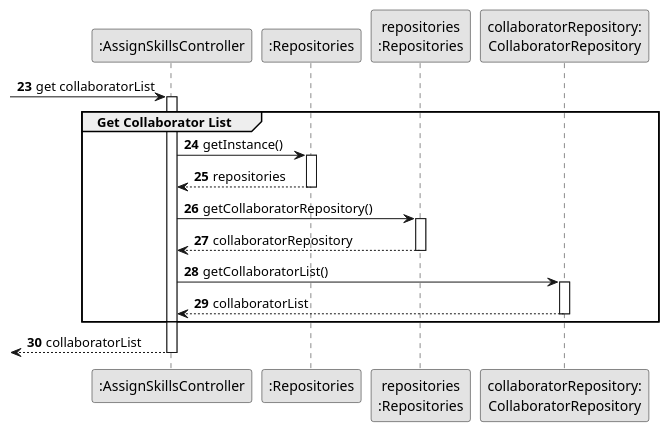
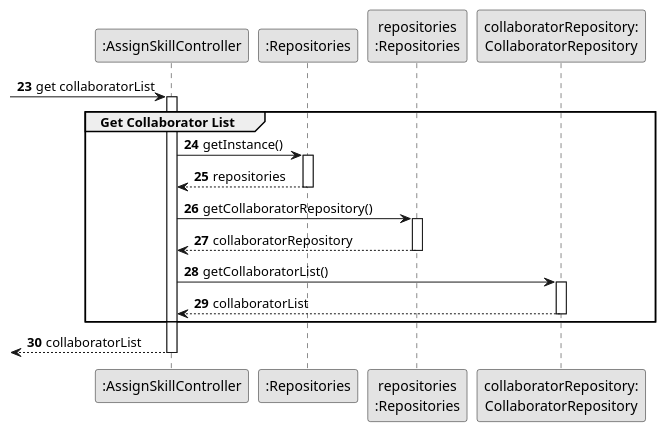
One commit to ricardomm7/leaflink changed the diagram in docs/sprintB/us004/03.design/puml/us004-sequence-diagram-partial-get-collaborator-list.puml. Above: the diagram before and after it, drawn with PlantUML. The commit also changed 10 other files, not shown here.

```diff
--- a/docs/sprintB/us004/03.design/puml/us004-sequence-diagram-partial-get-collaborator-list.puml
+++ b/docs/sprintB/us004/03.design/puml/us004-sequence-diagram-partial-get-collaborator-list.puml
@@ -1,38 +1,38 @@
 @startuml
 skinparam monochrome true
 skinparam packageStyle rectangle
 skinparam shadowing false
 
 autonumber 23
 
-participant ":AssignSkillsController" as CTRL
+participant ":AssignSkillController" as CTRL
 participant ":Repositories" as GlobRepo
 participant "repositories\n:Repositories" as PLAT
 participant "collaboratorRepository:\nCollaboratorRepository" as CLBREP
 
 -> CTRL: get collaboratorList
 
 activate CTRL
 group Get Collaborator List
 CTRL -> GlobRepo : getInstance()
 activate GlobRepo
 
 GlobRepo --> CTRL : repositories
 deactivate GlobRepo
 
 CTRL -> PLAT : getCollaboratorRepository()
 activate PLAT
 
 PLAT -->  CTRL: collaboratorRepository
 deactivate PLAT
 
 CTRL -> CLBREP : getCollaboratorList()
 activate CLBREP
 
 CLBREP --> CTRL : collaboratorList
 deactivate CLBREP
 end
 <-- CTRL : collaboratorList
 deactivate CTRL
 
 @enduml
```
